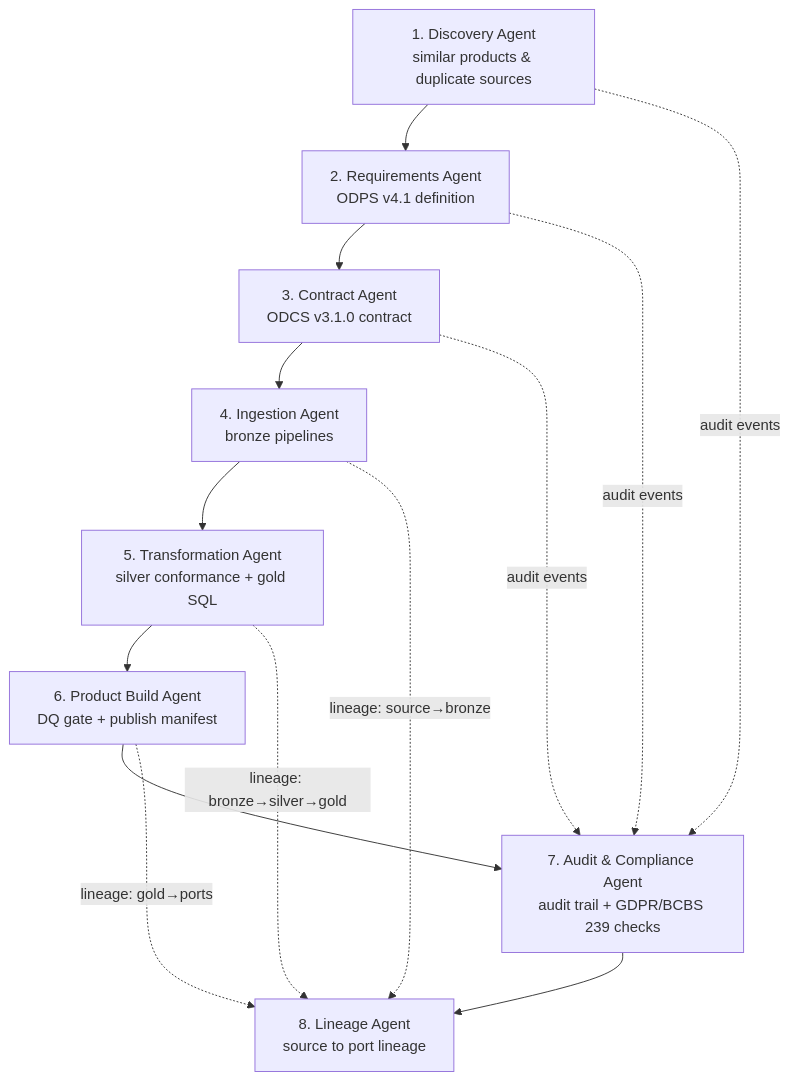
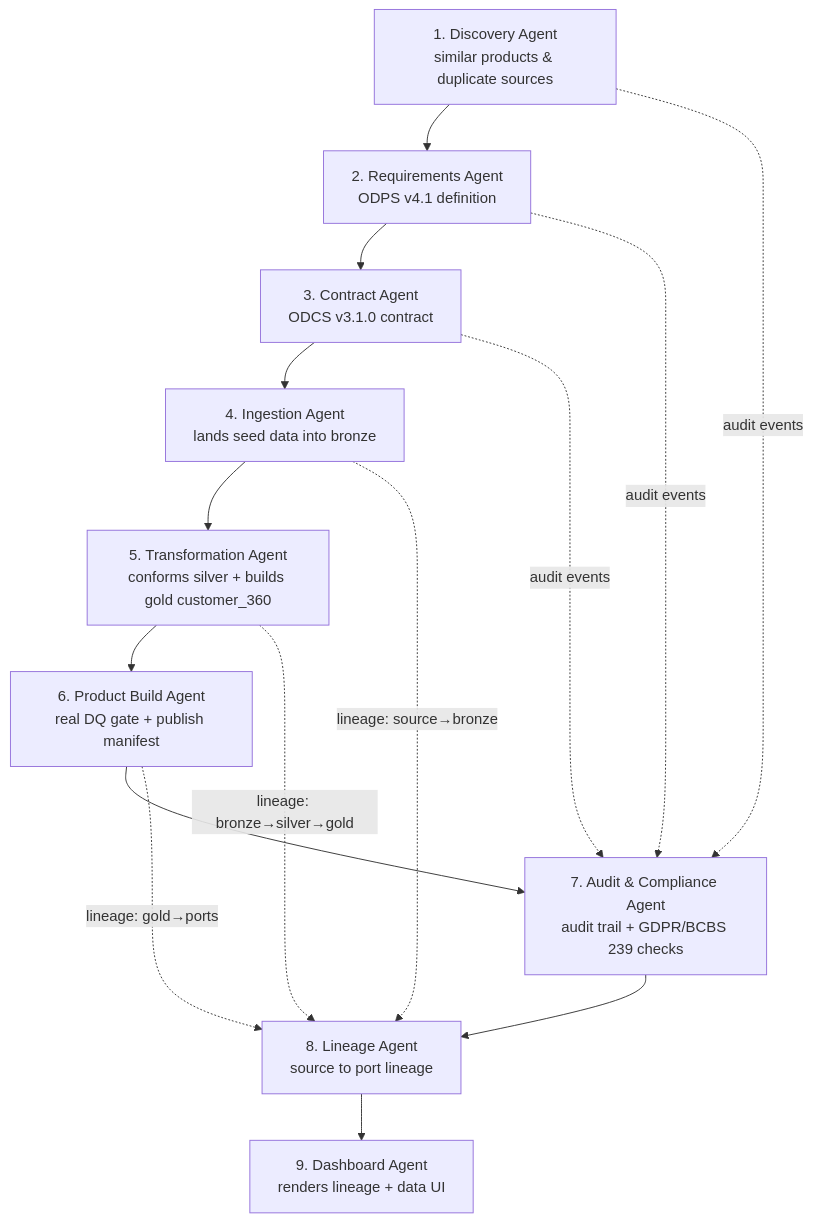
One commit to anilw07/Demo_DP changed the diagram in agents/README.md. Above: the diagram before and after it, drawn with Mermaid. The commit also changed other lines of this file and 15 other files, not shown here.

````diff
--- a/agents/README.md
+++ b/agents/README.md
@@ -7,16 +7,17 @@
 ```mermaid
 flowchart TD
     D[1. Discovery Agent<br/>similar products & duplicate sources] --> R[2. Requirements Agent<br/>ODPS v4.1 definition]
     R --> C[3. Contract Agent<br/>ODCS v3.1.0 contract]
-    C --> I[4. Ingestion Agent<br/>bronze pipelines]
-    I --> T[5. Transformation Agent<br/>silver conformance + gold SQL]
-    T --> P[6. Product Build Agent<br/>DQ gate + publish manifest]
+    C --> I[4. Ingestion Agent<br/>lands seed data into bronze]
+    I --> T[5. Transformation Agent<br/>conforms silver + builds gold customer_360]
+    T --> P[6. Product Build Agent<br/>real DQ gate + publish manifest]
     P --> A[7. Audit & Compliance Agent<br/>audit trail + GDPR/BCBS 239 checks]
     A --> L[8. Lineage Agent<br/>source to port lineage]
+    L --> DB[9. Dashboard Agent<br/>renders lineage + data UI]
     D -. audit events .-> A
     R -. audit events .-> A
     C -. audit events .-> A
     I -. lineage: source→bronze .-> L
     T -. lineage: bronze→silver→gold .-> L
     P -. lineage: gold→ports .-> L
 ```
````
